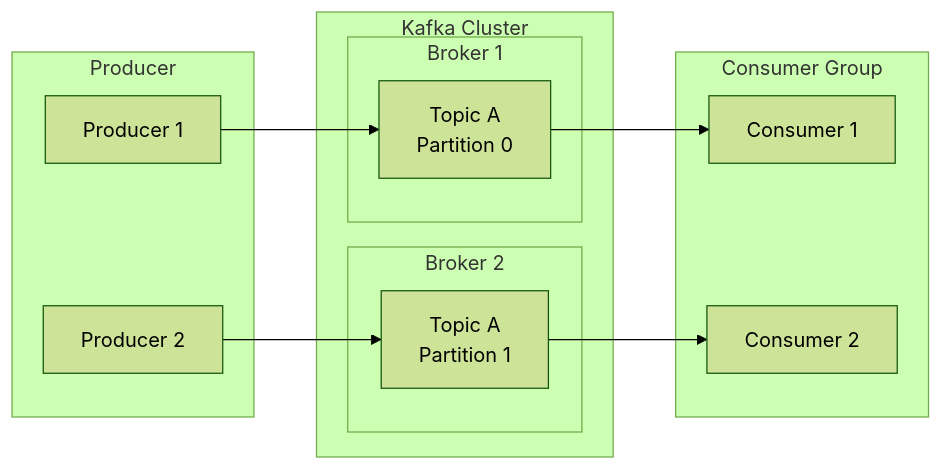
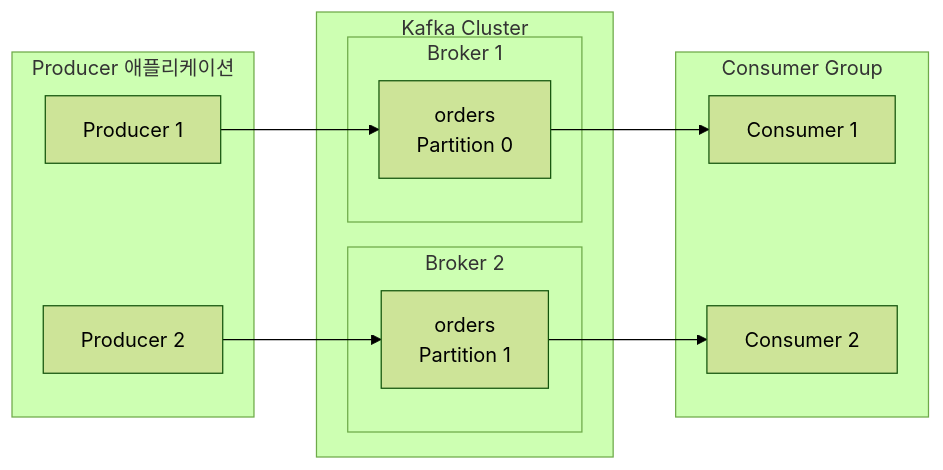
The second of 5 diagrams in content/ko/kafka/concepts/core-components.md (advanced-beginner/advanced-beginner.github.io), drawn with Mermaid (forest theme) before and after one commit. The commit also changed other lines of this file and 21 other files, not shown here.

````diff
--- a/content/ko/kafka/concepts/core-components.md
+++ b/content/ko/kafka/concepts/core-components.md
@@ -70,26 +45,26 @@
 ```mermaid
 flowchart LR
-    subgraph Producers["Producer"]
+    subgraph Producers["Producer 애플리케이션"]
         P1[Producer 1]
         P2[Producer 2]
     end
 
     subgraph Kafka["Kafka Cluster"]
-        subgraph Broker1["Broker 1"]
-            T1P0[Topic A\nPartition 0]
+        subgraph B1["Broker 1"]
+            T1P0[orders\nPartition 0]
         end
-        subgraph Broker2["Broker 2"]
-            T1P1[Topic A\nPartition 1]
+        subgraph B2["Broker 2"]
+            T1P1[orders\nPartition 1]
         end
     end
 
     subgraph Consumers["Consumer Group"]
         C1[Consumer 1]
         C2[Consumer 2]
     end
 
     P1 --> T1P0
     P2 --> T1P1
     T1P0 --> C1
     T1P1 --> C2
 ```
````
